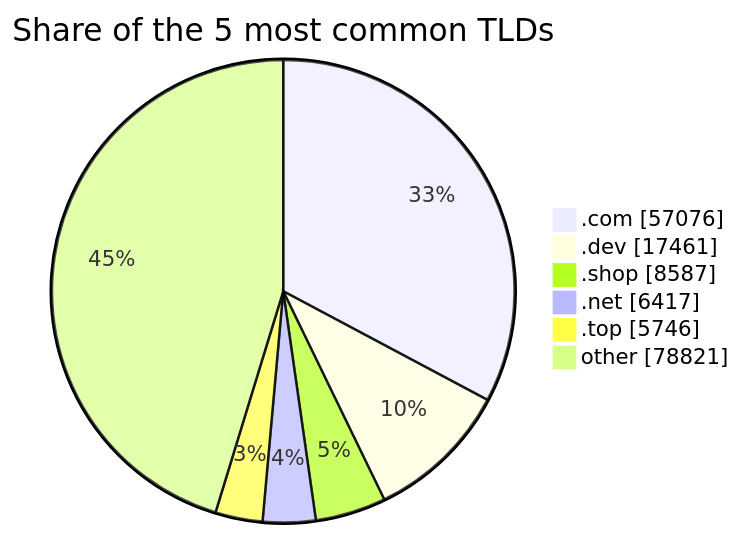
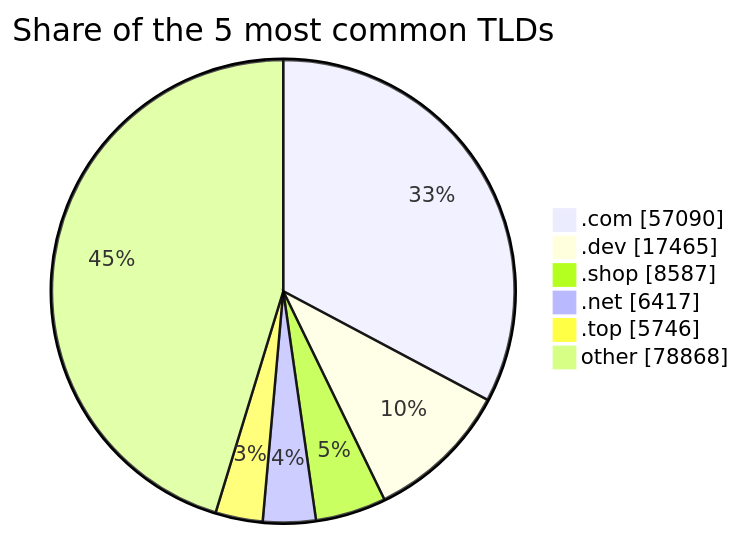
The third of 3 diagrams in README.md (DNSBunker/CTI), drawn with Mermaid before and after one commit. The commit also changed other lines of this file and 3 other files, not shown here.

````diff
--- a/README.md
+++ b/README.md
@@ -81,9 +81,9 @@
 ```mermaid
 pie showData title Share of the 5 most common TLDs
-    ".com" : 57076
-    ".dev" : 17461
+    ".com" : 57090
+    ".dev" : 17465
     ".shop" : 8587
     ".net" : 6417
     ".top" : 5746
-    "other" : 78821
+    "other" : 78868
 ```
````
